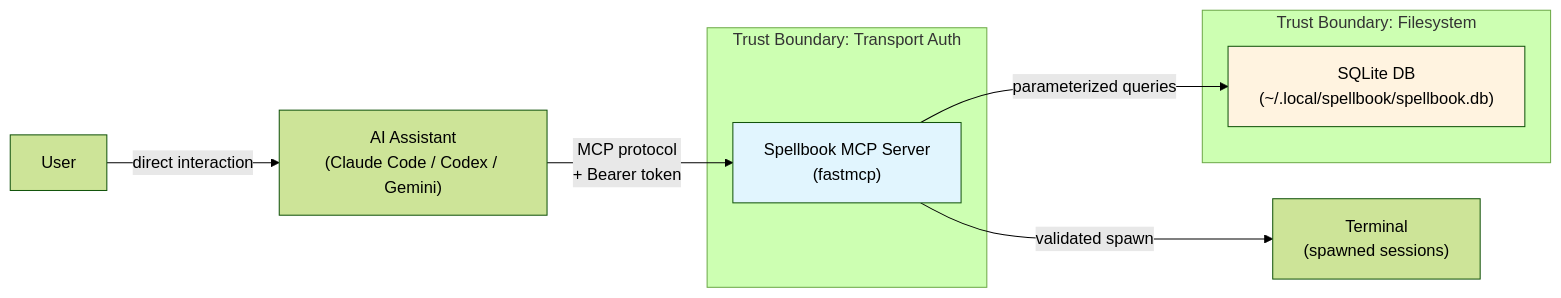
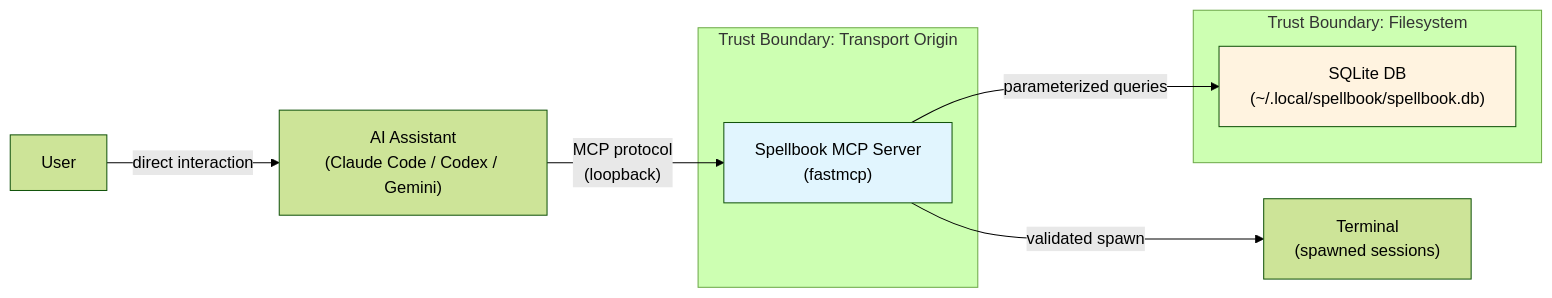
One commit to axiomantic/spellbook changed the diagram in SECURITY.md. Above: the diagram before and after it, drawn with Mermaid (forest theme). The commit also changed other lines of this file and 47 other files, not shown here.

First line of the commit message:
Replace the bearer token with Origin and Host validation (#479)

````diff
--- a/SECURITY.md
+++ b/SECURITY.md
@@ -18,18 +18,18 @@
 ```mermaid
 graph LR
     User["User"] -->|"direct interaction"| Claude["AI Assistant<br>(Claude Code / Codex / Gemini)"]
-    Claude -->|"MCP protocol<br>+ Bearer token"| Server["Spellbook MCP Server<br>(fastmcp)"]
+    Claude -->|"MCP protocol<br>(loopback)"| Server["Spellbook MCP Server<br>(fastmcp)"]
     Server -->|"parameterized queries"| DB["SQLite DB<br>(~/.local/spellbook/spellbook.db)"]
     Server -->|"validated spawn"| Terminal["Terminal<br>(spawned sessions)"]
 
-    subgraph "Trust Boundary: Transport Auth"
+    subgraph "Trust Boundary: Transport Origin"
         Server
     end
 
     subgraph "Trust Boundary: Filesystem"
         DB
     end
 
     style Server fill:#e1f5fe
     style DB fill:#fff3e0
 ```
````
